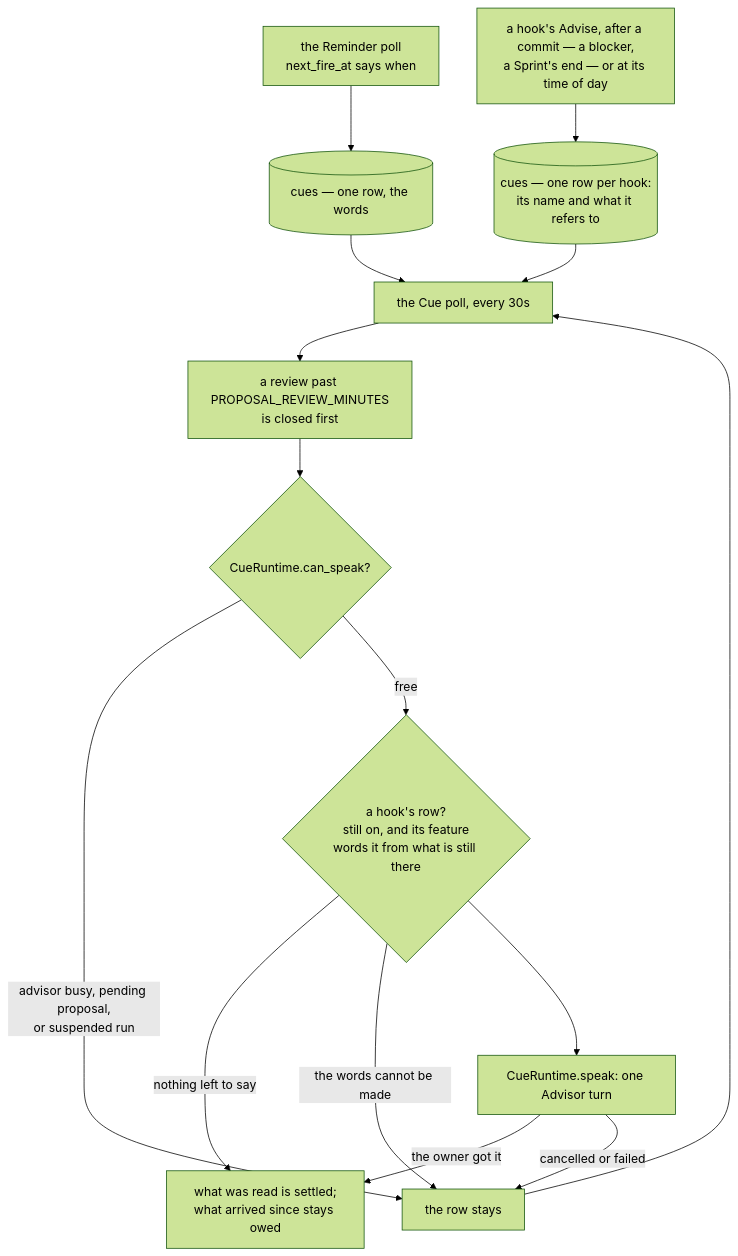
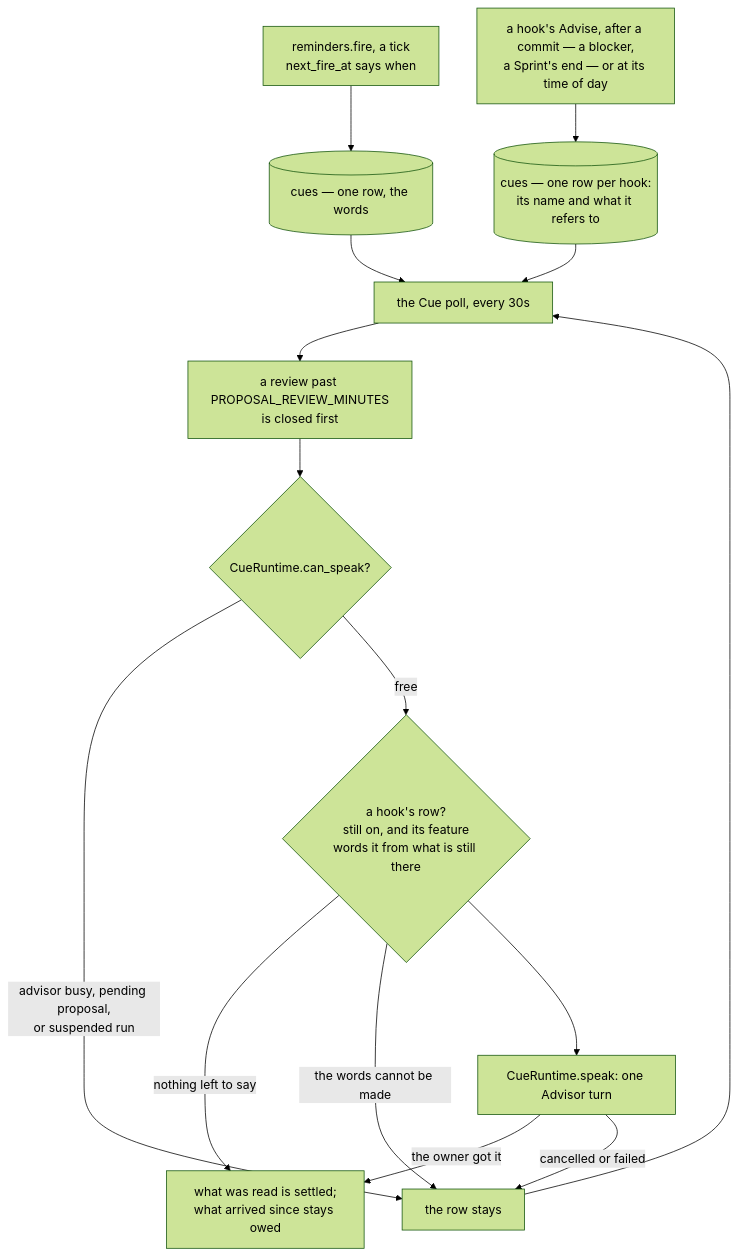
Before and after one commit to myvaheed/tg-ai-safwa: the ninth of 13 diagrams in docs/AGENT_ARCH.md, drawn with Mermaid (forest theme). The commit also changed other lines of this file and 44 other files, not shown here.

````diff
--- a/docs/AGENT_ARCH.md
+++ b/docs/AGENT_ARCH.md
@@ -491,17 +487,17 @@
 ```mermaid
 flowchart TB
-    RM[the Reminder poll<br/>next_fire_at says when] --> ROW[(cues — one row, the words)]
+    RM[reminders.fire, a tick<br/>next_fire_at says when] --> ROW[(cues — one row, the words)]
     HK[a hook's Advise, after a commit — a blocker,<br/>a Sprint's end — or at its time of day] --> HROW[(cues — one row per hook:<br/>its name and what it refers to)]
     ROW --> CQ[the Cue poll, every 30s]
     HROW --> CQ
     CQ --> EXP[a review past PROPOSAL_REVIEW_MINUTES<br/>is closed first]
     EXP --> GATE{CueRuntime.can_speak?}
     GATE -->|advisor busy, pending proposal,<br/>or suspended run| WAIT[the row stays]
     GATE -->|free| PREP{a hook's row?<br/>still on, and its feature<br/>words it from what is still there}
     PREP -->|nothing left to say| DEL
     PREP -->|the words cannot be made| WAIT
     PREP --> TURN[CueRuntime.speak: one Advisor turn]
     TURN -->|the owner got it| DEL[what was read is settled;<br/>what arrived since stays owed]
     TURN -->|cancelled or failed| WAIT
     WAIT --> CQ
 ```
````
